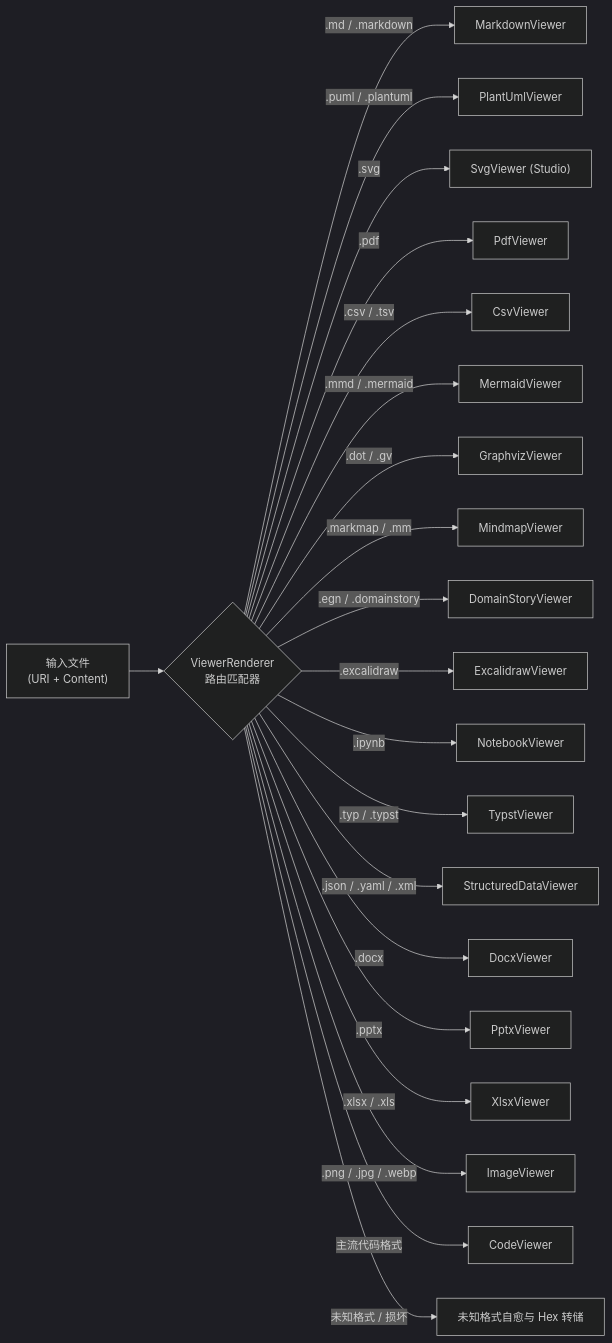
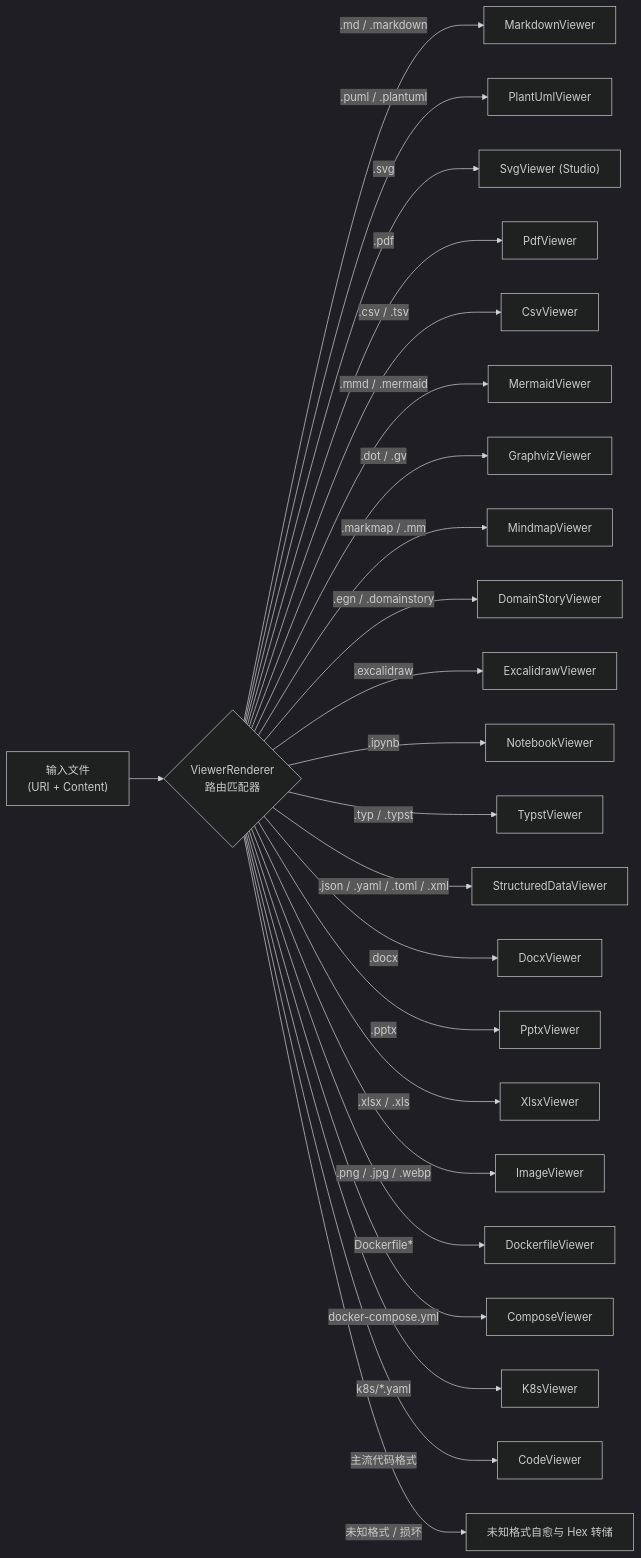
The fourth of 6 diagrams in docs/architecture.md (fsyyzz/OmniView-Open), drawn with Mermaid (dark theme) before and after one commit. The commit also changed 6 other files, not shown here.

````diff
--- a/docs/architecture.md
+++ b/docs/architecture.md
@@ -113,24 +113,27 @@
 ```mermaid
 flowchart LR
     File["输入文件<br/>(URI + Content)"] --> Router{"ViewerRenderer<br/>路由匹配器"}
 
     Router -->|".md / .markdown"| D_MD["MarkdownViewer"]
     Router -->|".puml / .plantuml"| D_PUML["PlantUmlViewer"]
     Router -->|".svg"| D_SVG["SvgViewer (Studio)"]
     Router -->|".pdf"| D_PDF["PdfViewer"]
     Router -->|".csv / .tsv"| D_CSV["CsvViewer"]
     Router -->|".mmd / .mermaid"| D_MMD["MermaidViewer"]
     Router -->|".dot / .gv"| D_GV["GraphvizViewer"]
     Router -->|".markmap / .mm"| D_MM["MindmapViewer"]
     Router -->|".egn / .domainstory"| D_DS["DomainStoryViewer"]
     Router -->|".excalidraw"| D_EXC["ExcalidrawViewer"]
     Router -->|".ipynb"| D_NB["NotebookViewer"]
     Router -->|".typ / .typst"| D_TYP["TypstViewer"]
-    Router -->|".json / .yaml / .xml"| D_DATA["StructuredDataViewer"]
+    Router -->|".json / .yaml / .toml / .xml"| D_DATA["StructuredDataViewer"]
     Router -->|".docx"| D_DOCX["DocxViewer"]
     Router -->|".pptx"| D_PPTX["PptxViewer"]
     Router -->|".xlsx / .xls"| D_XLSX["XlsxViewer"]
     Router -->|".png / .jpg / .webp"| D_IMG["ImageViewer"]
+    Router -->|"Dockerfile*"| D_DF["DockerfileViewer"]
+    Router -->|"docker-compose.yml"| D_DC["ComposeViewer"]
+    Router -->|"k8s/*.yaml"| D_K8S["K8sViewer"]
     Router -->|"主流代码格式"| D_CODE["CodeViewer"]
     Router -->|"未知格式 / 损坏"| D_FALLBACK["未知格式自愈与 Hex 转储"]
 ```
````
